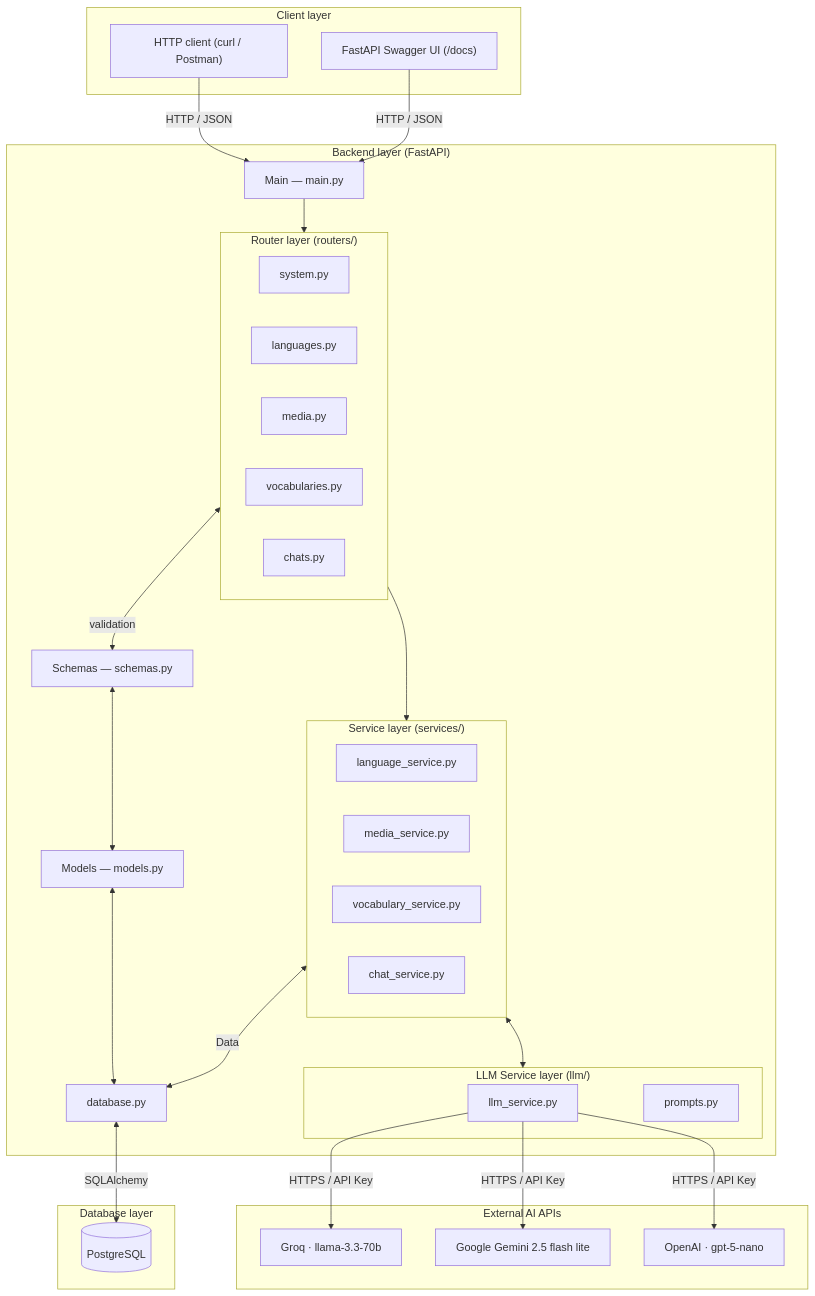
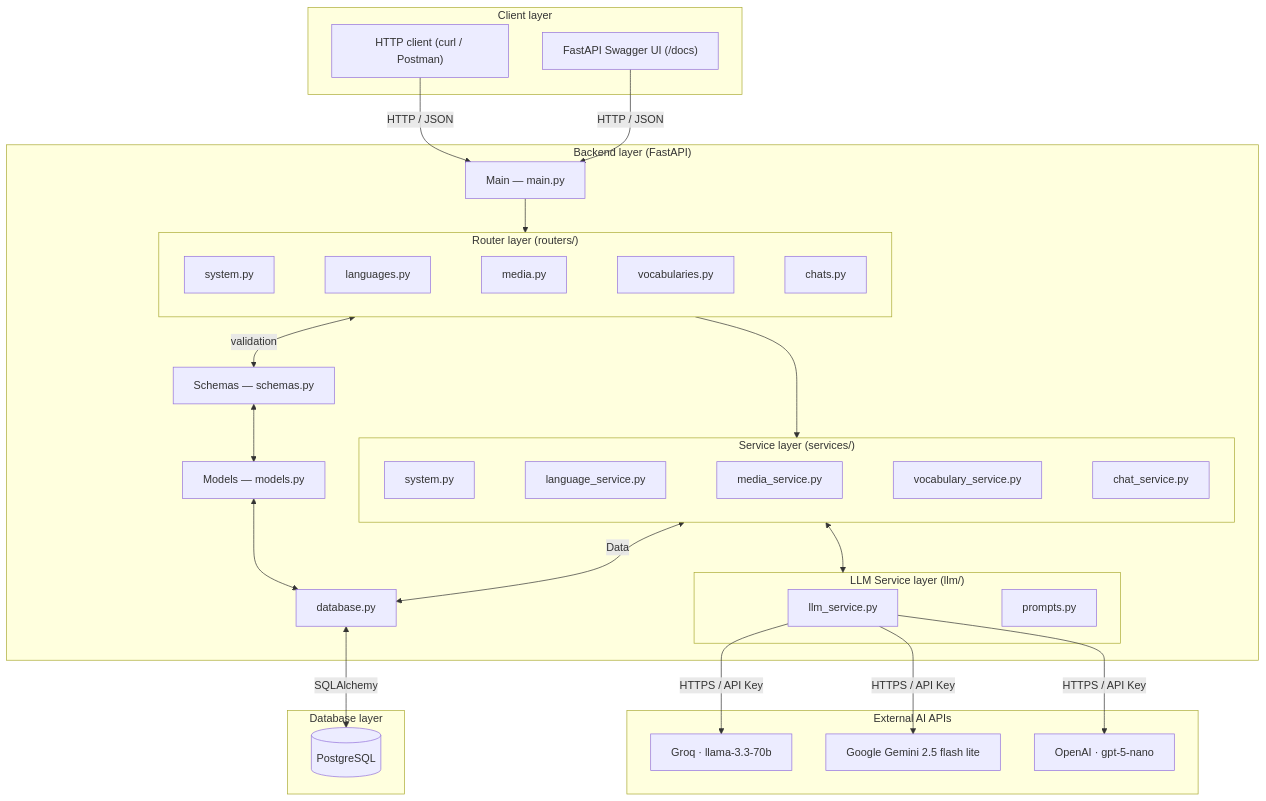
Before and after one commit to BurkhardtJan/Dengwa-AI: the first of 2 diagrams in README.md, drawn with Mermaid. The commit also changed 7 other files, not shown here.

Commit message:
Diagrams

````diff
--- a/README.md
+++ b/README.md
@@ -130,61 +130,71 @@
 ```mermaid
 graph TB
     subgraph Client["Client layer"]
         HTTP["HTTP client (curl / Postman)"]
         Swagger["FastAPI Swagger UI (/docs)"]
     end
 
     subgraph Backend["Backend layer (FastAPI)"]
         Controller["Main — main.py"]
         Schemas["Schemas — schemas.py"]
         Models["Models — models.py"]
         Database["database.py"]
 
         subgraph Routers["Router layer (routers/)"]
             direction LR
             SystemRouter["system.py"]
             LanguageRouter["languages.py"]
             MediaRouter["media.py"]
             VocabRouter["vocabularies.py"]
             ChatRouter["chats.py"]
+            SystemRouter ~~~ LanguageRouter
+            LanguageRouter ~~~ MediaRouter
+            MediaRouter ~~~ VocabRouter
+            VocabRouter ~~~ ChatRouter
         end
 
         subgraph Services["Service layer (services/)"]
+            direction LR
+            System["system.py"]
             Language["language_service.py"]
             Media["media_service.py"]
             Vocab["vocabulary_service.py"]
             Chat["chat_service.py"]
+            System ~~~ Language
+            Language ~~~ Media
+            Media ~~~ Vocab
+            Vocab ~~~ Chat
         end
         subgraph LLMServices["LLM Service layer (llm/)"]
             LLM["llm_service.py"]
             Prompts["prompts.py"]
         end
 
         Controller --> Routers
         Routers <-->|validation| Schemas
         Services <-->|Data| Database
         Routers --> Services
         Services <--> LLMServices
     end
 
     subgraph DB["Database layer"]
         Postgres[("PostgreSQL")]
     end
 
     subgraph AI["External AI APIs"]
         Groq["Groq · llama-3.3-70b"]
         Gemini["Google Gemini 2.5 flash lite"]
         OpenAI["OpenAI · gpt-5-nano"]
     end
 
     HTTP -->|HTTP / JSON| Controller
     Swagger -->|HTTP / JSON| Controller
     LLM -->|HTTPS / API Key| Groq
     LLM -->|HTTPS / API Key| Gemini
     LLM -->|HTTPS / API Key| OpenAI
     Schemas <--> Models
     Models <--> Database
     Database <-->|SQLAlchemy| Postgres
 
 
 ```
````
